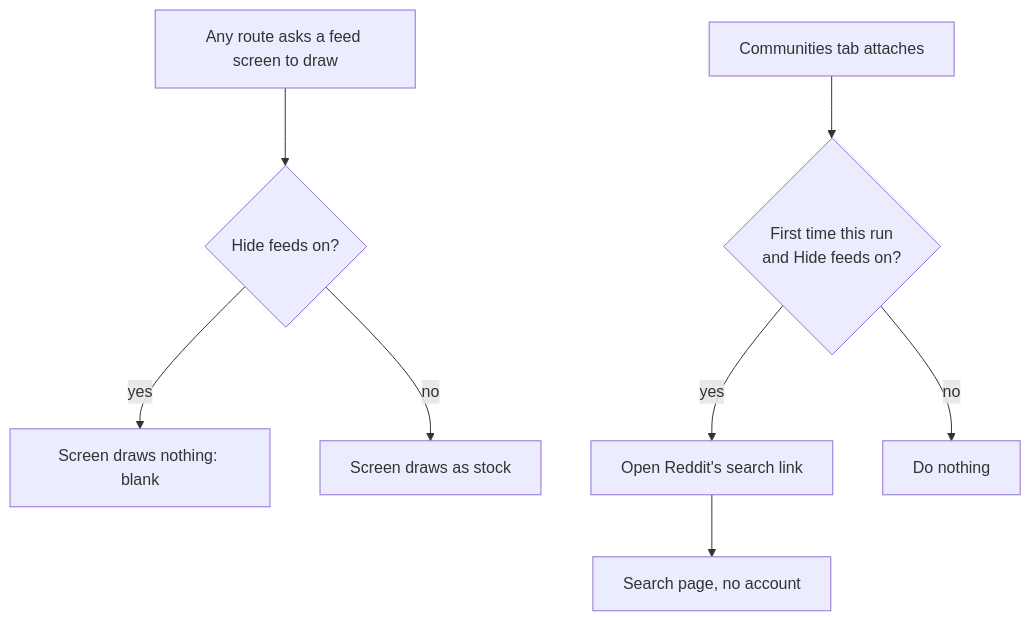
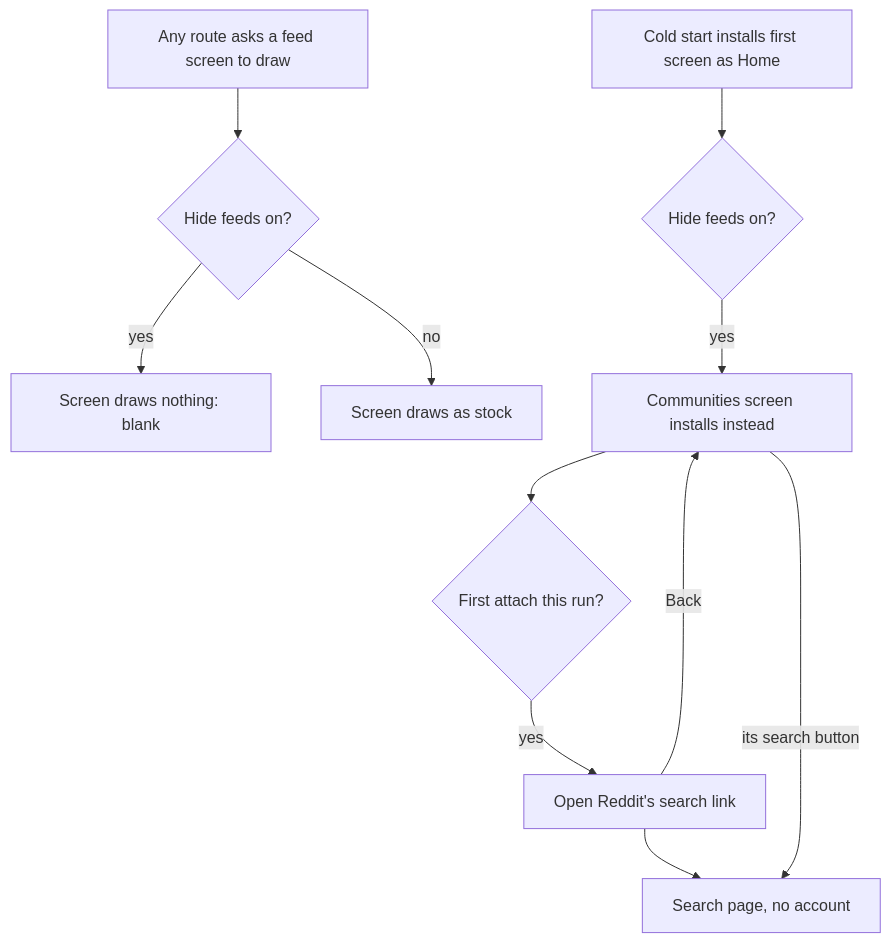
One commit to vjkancherla/morphe-patches changed the diagram in docs/steps/S01.md. Above: the diagram before and after it, drawn with Mermaid. The commit also changed other lines of this file and 10 other files, not shown here.

First line of the commit message:
feat(Reddit): Add hook 1 start-tab replacement (S1, blocked at the attach gate)

````diff
--- a/docs/steps/S01.md
+++ b/docs/steps/S01.md
@@ -11,10 +11,13 @@
 ```mermaid
 flowchart TD
     A[Any route asks a feed screen to draw] --> B{Hide feeds on?}
     B -- yes --> C[Screen draws nothing: blank]
     B -- no --> D[Screen draws as stock]
-    E[Communities tab attaches] --> F{First time this run<br/>and Hide feeds on?}
-    F -- yes --> G[Open Reddit's search link]
-    F -- no --> H[Do nothing]
-    G --> I[Search page, no account]
+    H1[Cold start installs first screen as Home] --> I{Hide feeds on?}
+    I -- yes --> K[Communities screen installs instead]
+    K --> L{First attach this run?}
+    L -- yes --> M[Open Reddit's search link]
+    M --> N[Search page, no account]
+    M -- Back --> K
+    K -- its search button --> N
 ```
````
